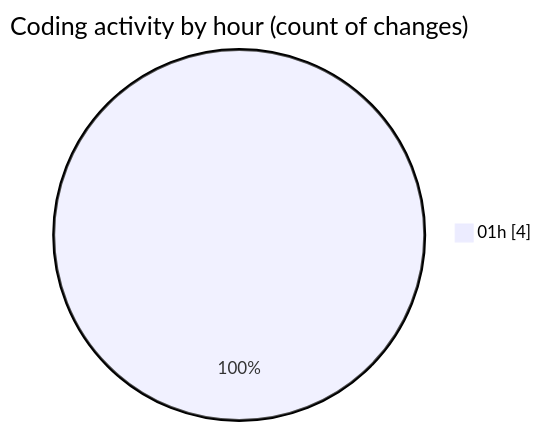
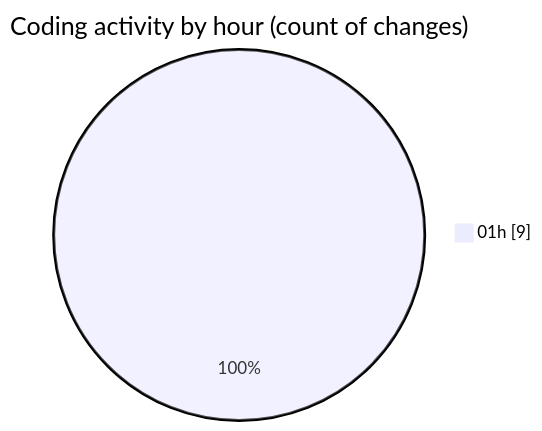
One commit to EIIisD/code-tracking changed the second of 2 diagrams in 2025-07-29/ani/README.md. Above: the diagram before and after it, drawn with Mermaid. The commit also changed other lines of this file and 1 other file, not shown here.

````diff
--- a/2025-07-29/ani/README.md
+++ b/2025-07-29/ani/README.md
@@ -30,5 +32,5 @@
 ```mermaid
 pie showData
 title Coding activity by hour (count of changes)
-"01h" : 4
+"01h" : 9
 ```
````
